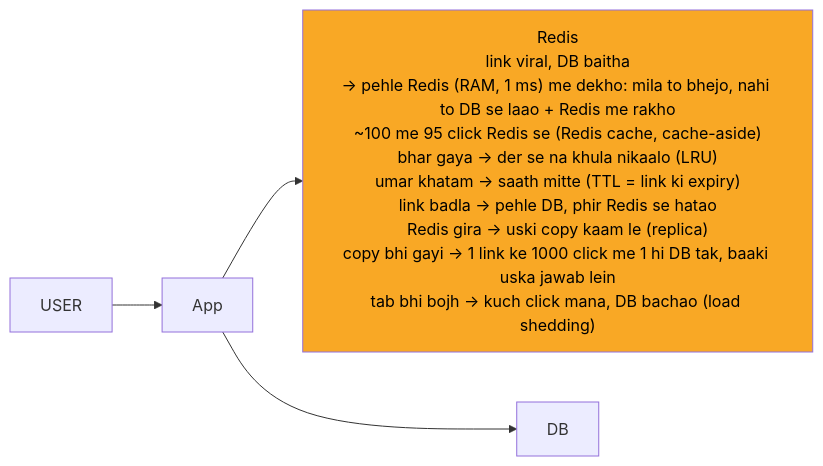
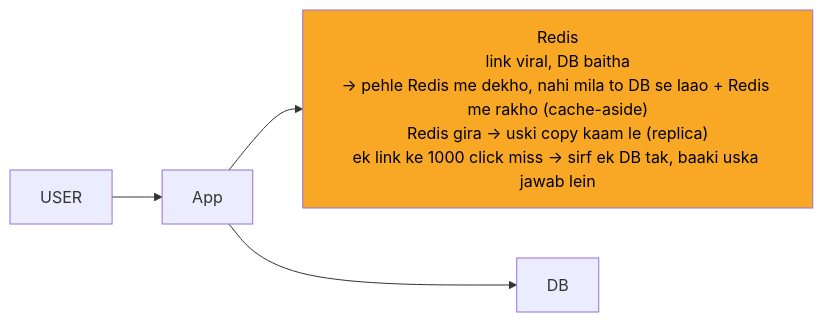
Before and after one commit to ArpanMaheshwari144/Prep: the diagram in 04_HLD/SYSTEM_DESIGNS/01_url_shortener/img/c1.mmd, drawn with Mermaid. The commit also changed 64 other files, not shown here.

```diff
--- a/04_HLD/SYSTEM_DESIGNS/01_url_shortener/img/c1.mmd
+++ b/04_HLD/SYSTEM_DESIGNS/01_url_shortener/img/c1.mmd
@@ -1,10 +1,10 @@
 %%{init: {"flowchart": {"wrappingWidth": 450}}}%%
 flowchart LR
     n_USER["USER"]
     n_App["App"]
-    n_Redis["Redis<br/>link viral, DB baitha<br/>-> pehle Redis (RAM, 1 ms) me dekho: mila to bhejo, nahi to DB se laao + Redis me rakho<br/>~100 me 95 click Redis se (Redis cache, cache-aside)<br/>bhar gaya -> der se na khula nikaalo (LRU)<br/>umar khatam -> saath mitte (TTL = link ki expiry)<br/>link badla -> pehle DB, phir Redis se hatao<br/>Redis gira -> uski copy kaam le (replica)<br/>copy bhi gayi -> 1 link ke 1000 click me 1 hi DB tak, baaki uska jawab lein<br/>tab bhi bojh -> kuch click mana, DB bachao (load shedding)"]
+    n_Redis["Redis<br/>link viral, DB baitha<br/>-> pehle Redis me dekho, nahi mila to DB se laao + Redis me rakho (cache-aside)<br/>Redis gira -> uski copy kaam le (replica)<br/>ek link ke 1000 click miss -> sirf ek DB tak, baaki uska jawab lein"]
     n_DB["DB"]
     n_USER --> n_App
     n_App --> n_Redis
     n_App --> n_DB
     style n_Redis fill:#f9a825,color:#000
```
